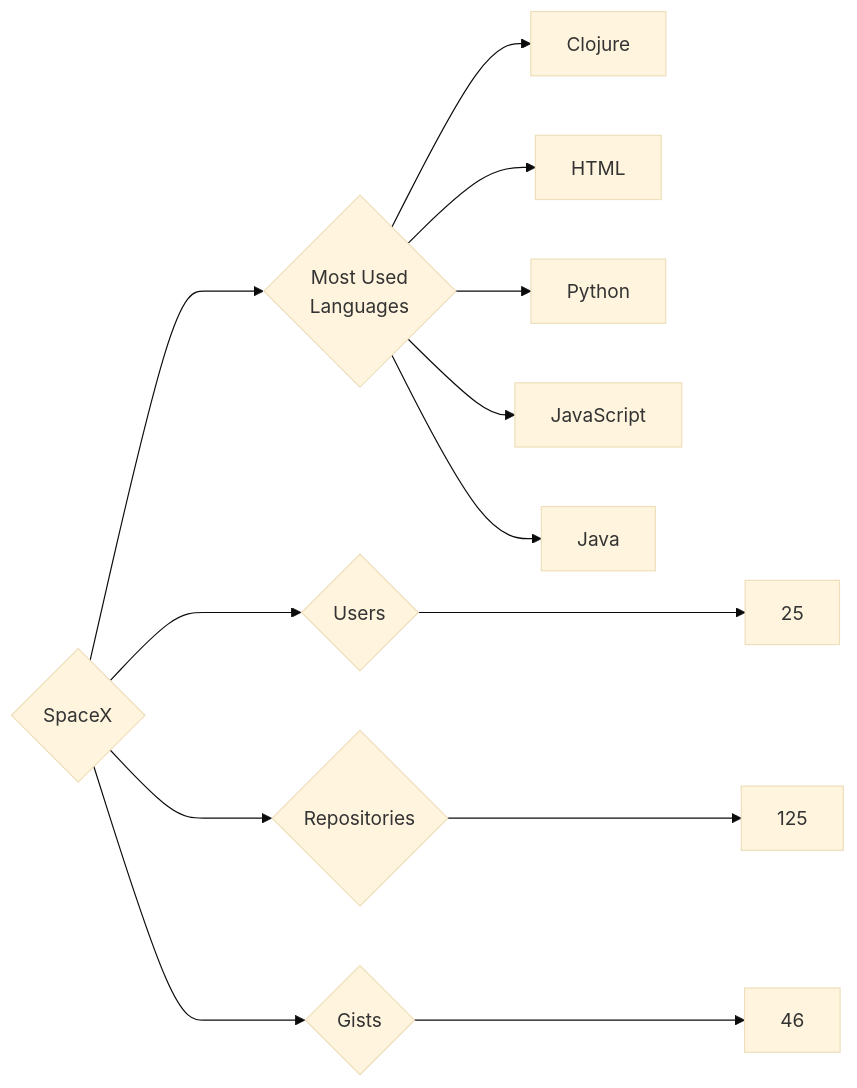
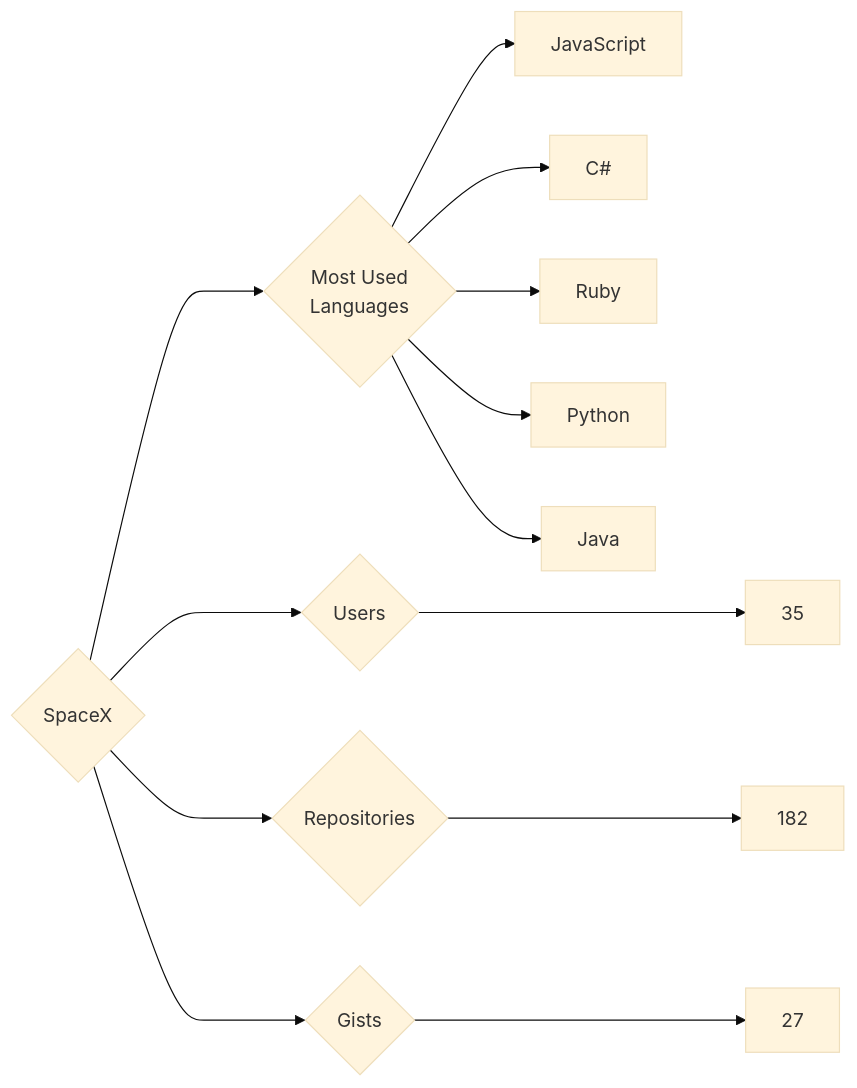
The diagram in targets/SpaceX/README.md (trickest/insiders), drawn with Mermaid (base theme) before and after one commit. The commit also changed 955 other files, not shown here.

````diff
--- a/targets/SpaceX/README.md
+++ b/targets/SpaceX/README.md
@@ -3,13 +3,13 @@
 ```mermaid
 graph LR
 COMPANY_NAME{SpaceX}
-COMPANY_NAME ---> U{Users} ---> UN[25]
-COMPANY_NAME ---> R{Repositories} ---> RN[125]
-COMPANY_NAME ---> G{Gists} ---> GN[46]
+COMPANY_NAME ---> U{Users} ---> UN[35]
+COMPANY_NAME ---> R{Repositories} ---> RN[182]
+COMPANY_NAME ---> G{Gists} ---> GN[27]
 COMPANY_NAME ---> ML{Most Used<br>Languages}
-ML --> Clojure[Clojure]
-ML --> HTML[HTML]
+ML --> JavaScript[JavaScript]
+ML --> C#[C#]
+ML --> Ruby[Ruby]
 ML --> Python[Python]
-ML --> JavaScript[JavaScript]
 ML --> Java[Java]
 ```
````
